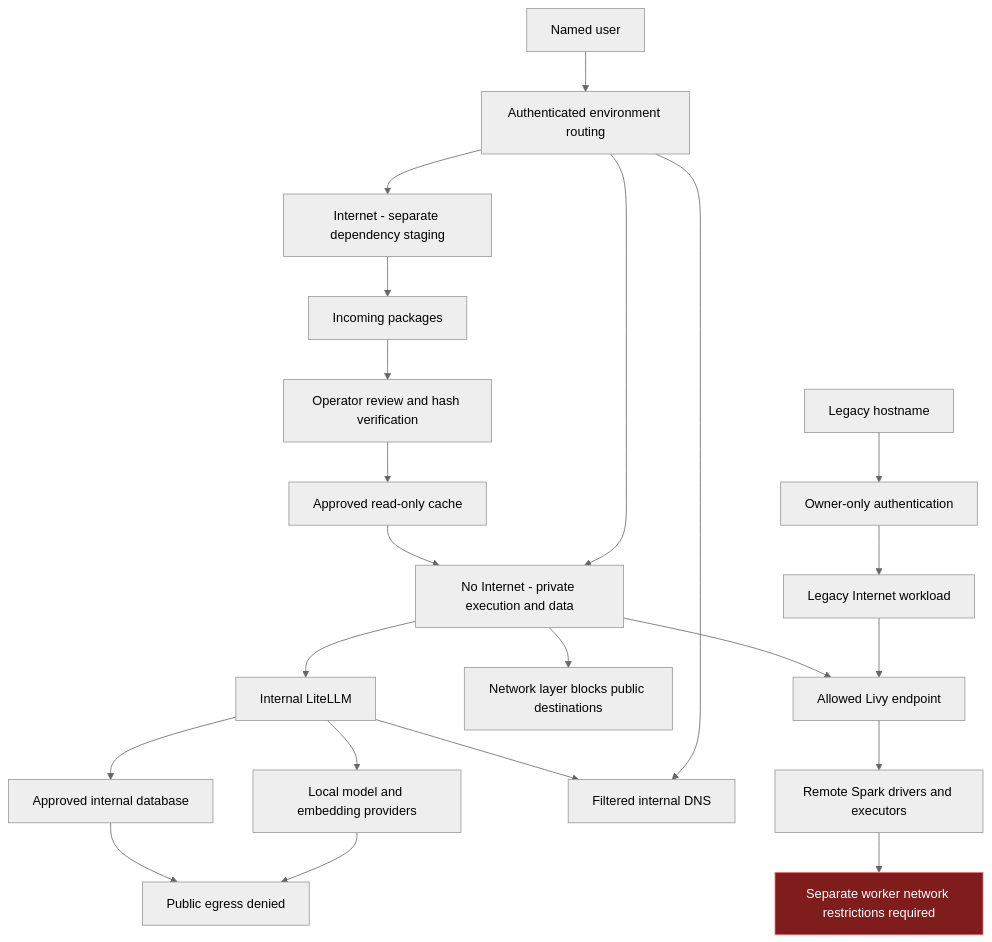
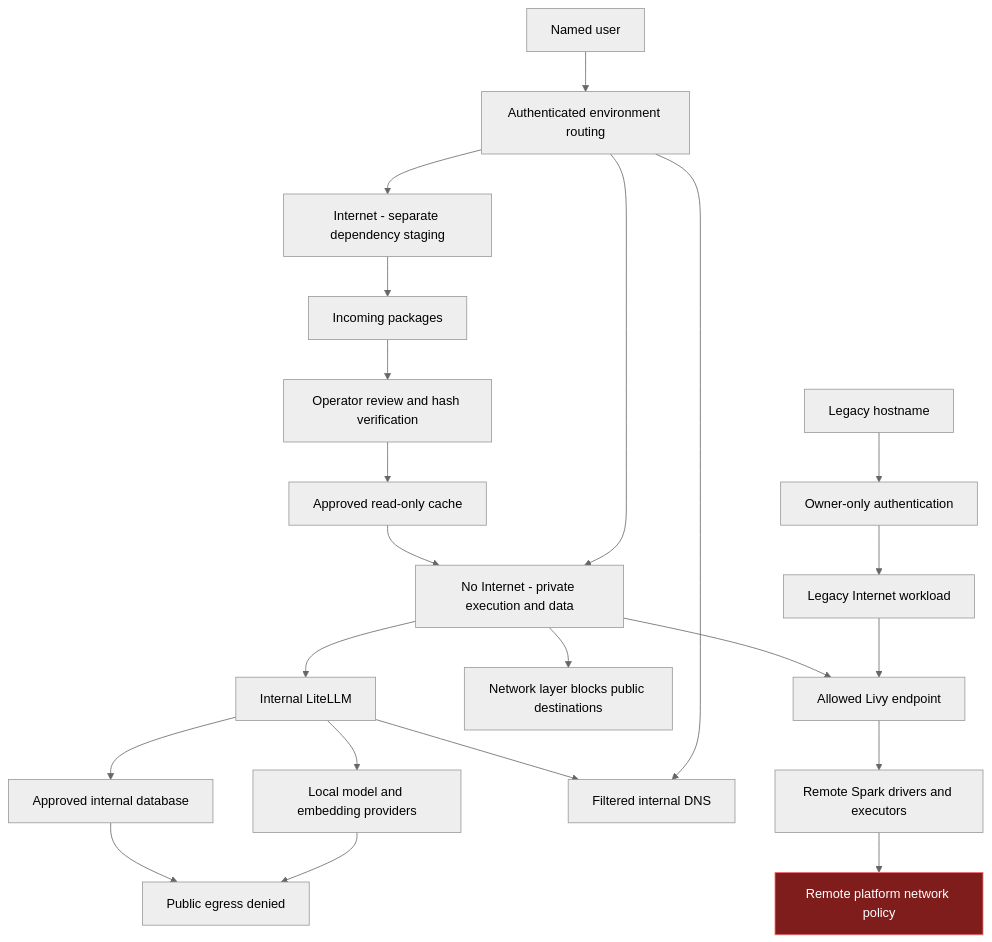
Before and after one commit to skunpoj/dsh_setup: the first of 3 diagrams in docs/DSH_RDT_PILOT_SECURITY_CONTROL_ASSESSMENT.md, drawn with Mermaid (neutral theme). The commit also changed other lines of this file and 4 other files, not shown here.

````diff
--- a/docs/DSH_RDT_PILOT_SECURITY_CONTROL_ASSESSMENT.md
+++ b/docs/DSH_RDT_PILOT_SECURITY_CONTROL_ASSESSMENT.md
@@ -50,26 +31,26 @@
 ```mermaid
 flowchart TB
  U[Named user] --> G[Authenticated environment routing]
  G --> S[No Internet - private execution and data]
  G --> I[Internet - separate dependency staging]
  S --> M[Internal LiteLLM]
  M --> LM[Local model and embedding providers]
  LM --> LE[Public egress denied]
  DB --> LE
  M --> DB[Approved internal database]
  G --> DNS[Filtered internal DNS]
  M --> DNS
  S --> B[Network layer blocks public destinations]
  I --> P[Incoming packages]
  P --> V[Operator review and hash verification]
  V --> C[Approved read-only cache]
  C --> S
  X[Legacy hostname] --> Y[Owner-only authentication]
  Y --> Z[Legacy Internet workload]
  Z --> L[Allowed Livy endpoint]
  S --> L[Allowed Livy endpoint]
  L --> R[Remote Spark drivers and executors]
- R --> E[Separate worker network restrictions required]
+ R --> E[Remote platform network policy]
  classDef exposure fill:#7f1d1d,stroke:#f87171,color:#ffffff
  class E exposure
 ```
````
